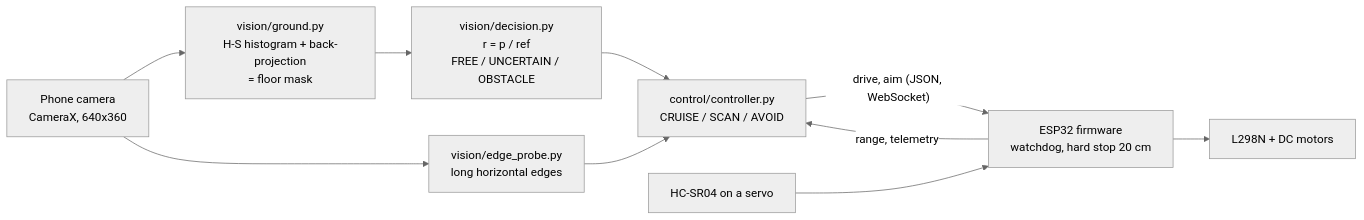
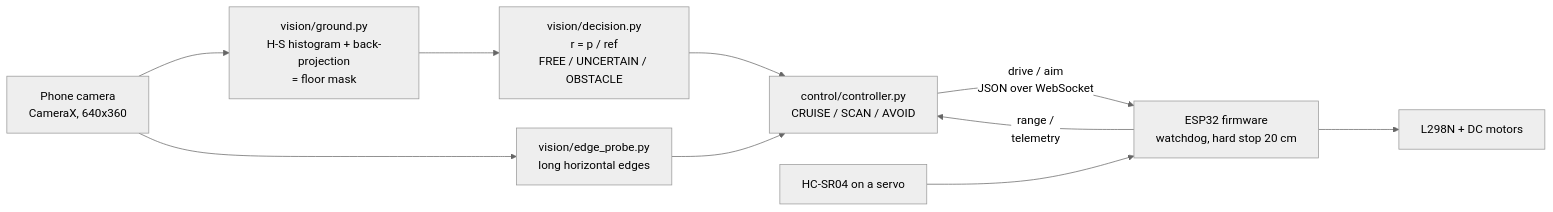
The diagram in README.md (allvaret/esp32-self-driving-car), drawn with Mermaid (neutral theme) before and after one commit. The commit also changed other lines of this file and 8 other files, not shown here.

````diff
--- a/README.md
+++ b/README.md
@@ -51,12 +51,13 @@
 ```mermaid
+%%{init: {"flowchart": {"nodeSpacing": 40, "rankSpacing": 110}}}%%
 flowchart LR
     CAM["Phone camera<br/>CameraX, 640x360"] --> G["vision/ground.py<br/>H-S histogram + back-projection<br/>= floor mask"]
     CAM --> E["vision/edge_probe.py<br/>long horizontal edges"]
     G --> D["vision/decision.py<br/>r = p / ref<br/>FREE / UNCERTAIN / OBSTACLE"]
     D --> C["control/controller.py<br/>CRUISE / SCAN / AVOID"]
     E --> C
-    C -- "drive, aim (JSON, WebSocket)" --> F["ESP32 firmware<br/>watchdog, hard stop 20 cm"]
-    F -- "range, telemetry" --> C
+    C -- "drive / aim<br/>JSON over WebSocket" --> F["ESP32 firmware<br/>watchdog, hard stop 20 cm"]
+    F -- "range /<br/>telemetry" --> C
     F --> M["L298N + DC motors"]
     S["HC-SR04 on a servo"] --> F
 ```
````
